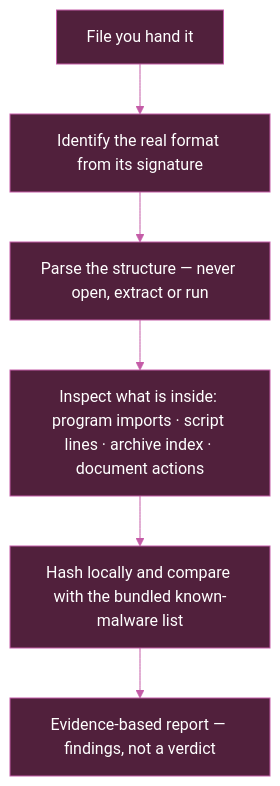
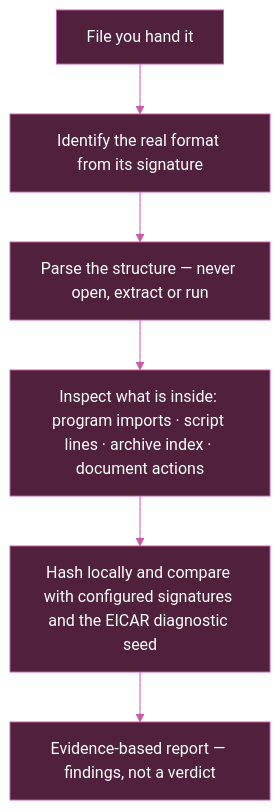
The second of 6 diagrams in README.md (iri-dev/WardenOne), drawn with Mermaid before and after one commit. The commit also changed other lines of this file and 49 other files, not shown here.

````diff
--- a/README.md
+++ b/README.md
@@ -595,11 +603,11 @@
 ```mermaid
 flowchart TB
     Pick["File you hand it"] --> Format["Identify the real format from its signature"]
     Format --> Parse["Parse the structure — never open, extract or run"]
     Parse --> Inspect["Inspect what is inside: program imports · script lines · archive index · document actions"]
-    Inspect --> Hash["Hash locally and compare with the bundled known-malware list"]
+    Inspect --> Hash["Hash locally and compare with configured signatures and the EICAR diagnostic seed"]
     Hash --> Report["Evidence-based report — findings, not a verdict"]
     classDef warden fill:#51203c,stroke:#c45ca7,color:#ffffff
     class Pick,Format,Parse,Inspect,Hash,Report warden
     linkStyle default stroke:#c45ca7
 ```
````
